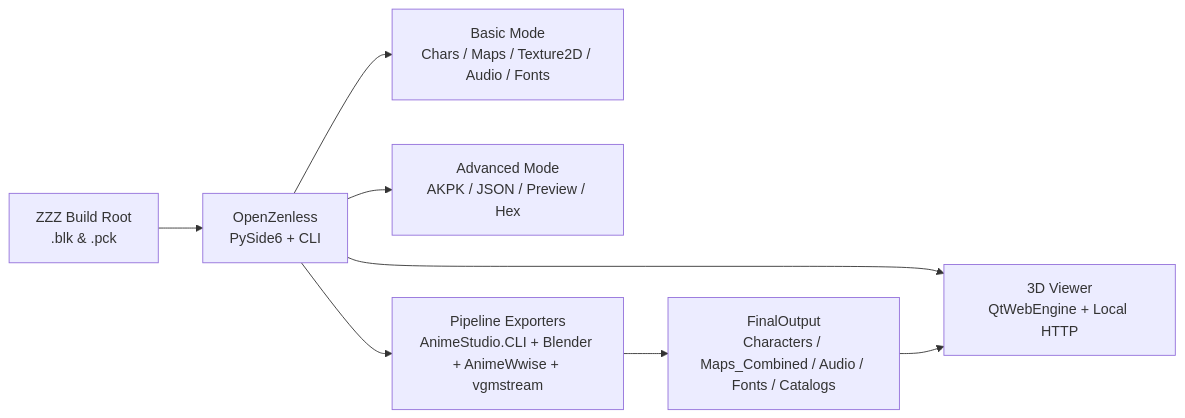
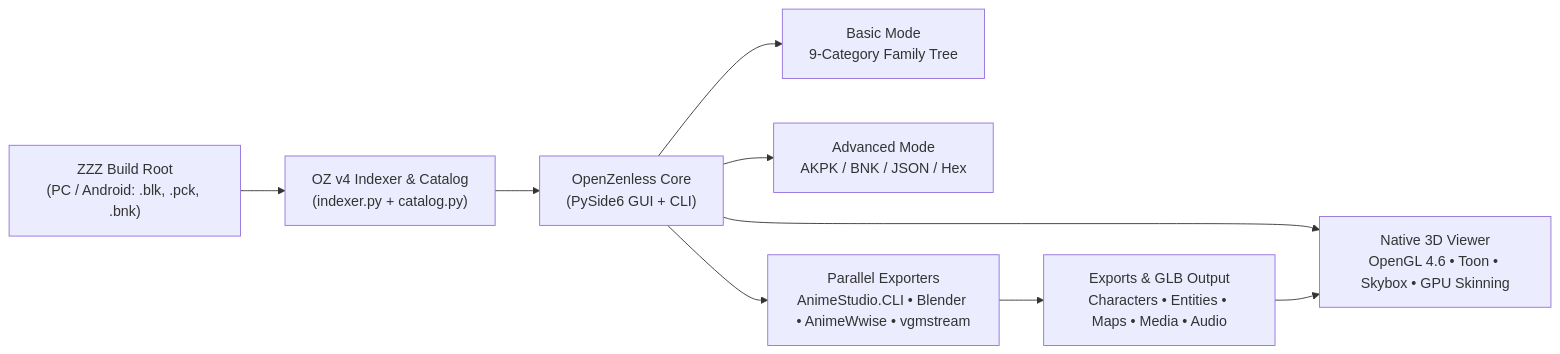
One commit to bcan77/OpenZenless changed the diagram in README.md. Above: the diagram before and after it, drawn with Mermaid. The commit also changed other lines of this file, not shown here.

Commit message:
Update README.md to reflect OZ v4 catalog, native OpenGL 3D viewer, Wwise .bnk, and AppImage releases

````diff
--- a/README.md
+++ b/README.md
@@ -50,10 +99,11 @@
 ```mermaid
 flowchart LR
-    A[ZZZ Build Root<br/>.blk & .pck] --> B[OpenZenless<br/>PySide6 + CLI]
-    B --> C[Basic Mode<br/>Chars / Maps / Texture2D / Audio / Fonts]
-    B --> D[Advanced Mode<br/>AKPK / JSON / Preview / Hex]
-    B --> E[3D Viewer<br/>QtWebEngine + Local HTTP]
-    B --> F[Pipeline Exporters<br/>AnimeStudio.CLI + Blender + AnimeWwise + vgmstream]
-    F --> G[FinalOutput<br/>Characters / Maps_Combined / Audio / Fonts / Catalogs]
-    G --> E
+    A["ZZZ Build Root<br/>(PC / Android: .blk, .pck, .bnk)"] --> B["OZ v4 Indexer & Catalog<br/>(indexer.py + catalog.py)"]
+    B --> C["OpenZenless Core<br/>(PySide6 GUI + CLI)"]
+    C --> D["Basic Mode<br/>9-Category Family Tree"]
+    C --> E["Advanced Mode<br/>AKPK / BNK / JSON / Hex"]
+    C --> F["Native 3D Viewer<br/>OpenGL 4.6 • Toon • Skybox • GPU Skinning"]
+    C --> G["Parallel Exporters<br/>AnimeStudio.CLI • Blender • AnimeWwise • vgmstream"]
+    G --> H["Exports & GLB Output<br/>Characters • Entities • Maps • Media • Audio"]
+    H --> F
 ```
````
